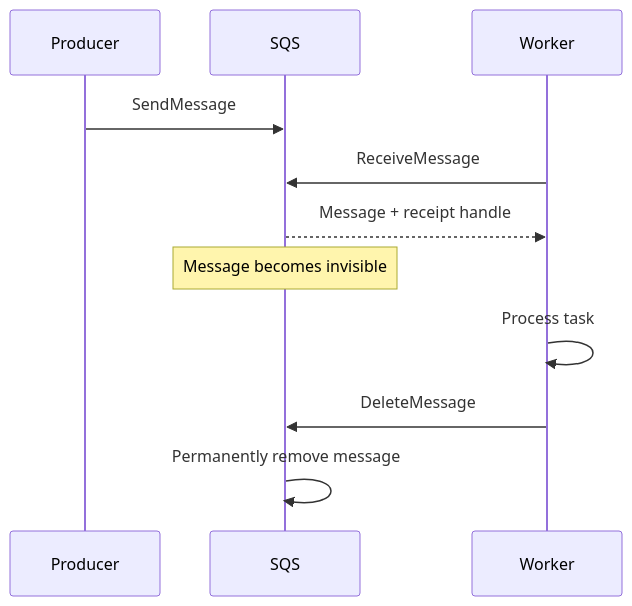
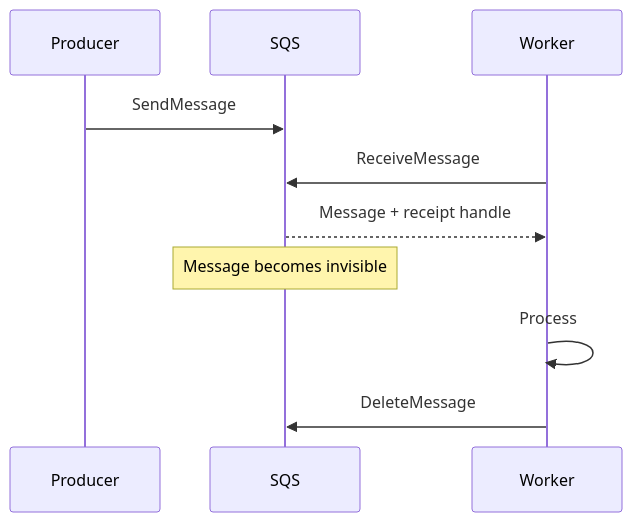
Diagram 12 of 16 in src/content/task-processing/message-brokers-redis-rabbitmq-sqs.md (AvadhBhalodiya/Interview-Preparation), drawn with Mermaid before and after one commit. The commit also changed other lines of this file and 80 other files, not shown here.

````diff
--- a/src/content/task-processing/message-brokers-redis-rabbitmq-sqs.md
+++ b/src/content/task-processing/message-brokers-redis-rabbitmq-sqs.md
@@ -1028,14 +474,13 @@
 ```mermaid
 sequenceDiagram
     participant P as Producer
     participant Q as SQS
     participant W as Worker
 
     P->>Q: SendMessage
     W->>Q: ReceiveMessage
     Q-->>W: Message + receipt handle
     Note over Q: Message becomes invisible
-    W->>W: Process task
+    W->>W: Process
     W->>Q: DeleteMessage
-    Q->>Q: Permanently remove message
 ```
````
